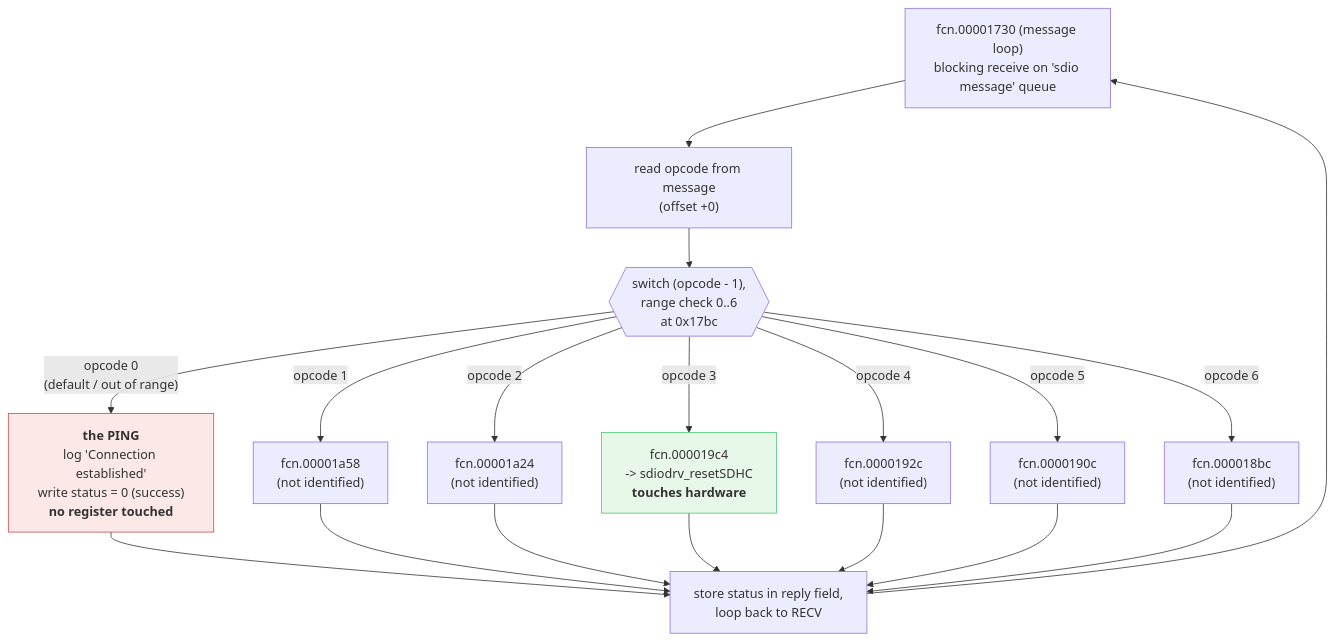
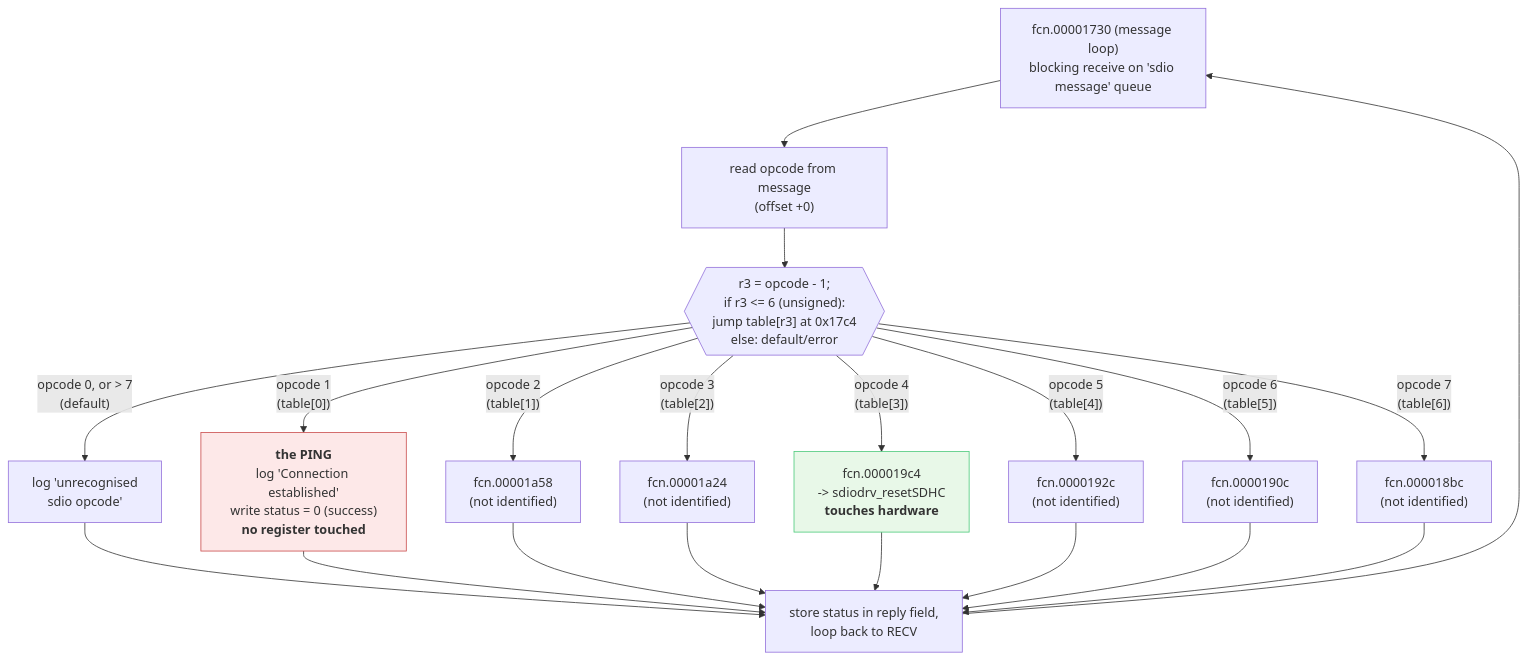
One commit to SebE585/trognon changed the second of 2 diagrams in docs/research/2026-10-16-wifi-iop-architecture.md. Above: the diagram before and after it, drawn with Mermaid. The commit also changed other lines of this file, not shown here.

First line of the commit message:
research: fix an off-by-one in the IOP opcode numbering, ARM vs ARMv7

````diff
--- a/docs/research/2026-10-16-wifi-iop-architecture.md
+++ b/docs/research/2026-10-16-wifi-iop-architecture.md
@@ -276,30 +308,32 @@
 ```mermaid
 flowchart TD
     RECV["fcn.00001730 (message loop)<br/>blocking receive on 'sdio message' queue"]
     OP["read opcode from message<br/>(offset +0)"]
-    SW{{"switch (opcode - 1),<br/>range check 0..6<br/>at 0x17bc"}}
+    SW{{"r3 = opcode - 1;<br/>if r3 &lt;= 6 (unsigned):<br/>jump table[r3] at 0x17c4<br/>else: default/error"}}
 
     RECV --> OP --> SW
 
-    SW -- "opcode 0<br/>(default / out of range)" --> C0
-    SW -- "opcode 1" --> C1["fcn.00001a58<br/>(not identified)"]
-    SW -- "opcode 2" --> C2["fcn.00001a24<br/>(not identified)"]
-    SW -- "opcode 3" --> C3["fcn.000019c4<br/>-> sdiodrv_resetSDHC<br/><b>touches hardware</b>"]
-    SW -- "opcode 4" --> C4["fcn.0000192c<br/>(not identified)"]
-    SW -- "opcode 5" --> C5["fcn.0000190c<br/>(not identified)"]
-    SW -- "opcode 6" --> C6["fcn.000018bc<br/>(not identified)"]
+    SW -- "opcode 0, or &gt; 7<br/>(default)" --> ERR["log 'unrecognised<br/>sdio opcode'"]
+    SW -- "opcode 1<br/>(table[0])" --> C0
+    SW -- "opcode 2<br/>(table[1])" --> C1["fcn.00001a58<br/>(not identified)"]
+    SW -- "opcode 3<br/>(table[2])" --> C2["fcn.00001a24<br/>(not identified)"]
+    SW -- "opcode 4<br/>(table[3])" --> C3["fcn.000019c4<br/>-> sdiodrv_resetSDHC<br/><b>touches hardware</b>"]
+    SW -- "opcode 5<br/>(table[4])" --> C4["fcn.0000192c<br/>(not identified)"]
+    SW -- "opcode 6<br/>(table[5])" --> C5["fcn.0000190c<br/>(not identified)"]
+    SW -- "opcode 7<br/>(table[6])" --> C6["fcn.000018bc<br/>(not identified)"]
 
     C0["<b>the PING</b><br/>log 'Connection established'<br/>write status = 0 (success)<br/><b>no register touched</b>"]
 
+    ERR --> LOOP
     C0 --> LOOP["store status in reply field,<br/>loop back to RECV"]
     C1 --> LOOP
     C2 --> LOOP
     C3 --> LOOP
     C4 --> LOOP
     C5 --> LOOP
     C6 --> LOOP
     LOOP --> RECV
 
     style C0 fill:#fde8e8,stroke:#c94a4a
     style C3 fill:#e8f8e8,stroke:#4ac97a
 ```
````
